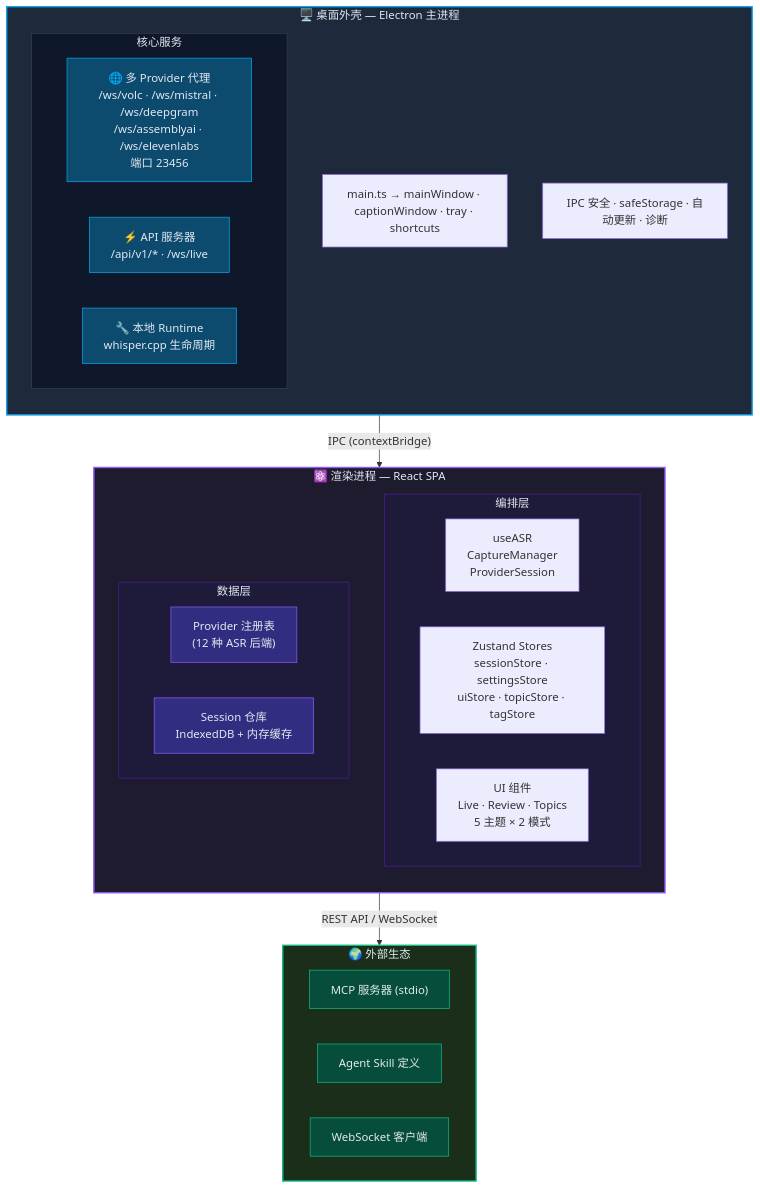
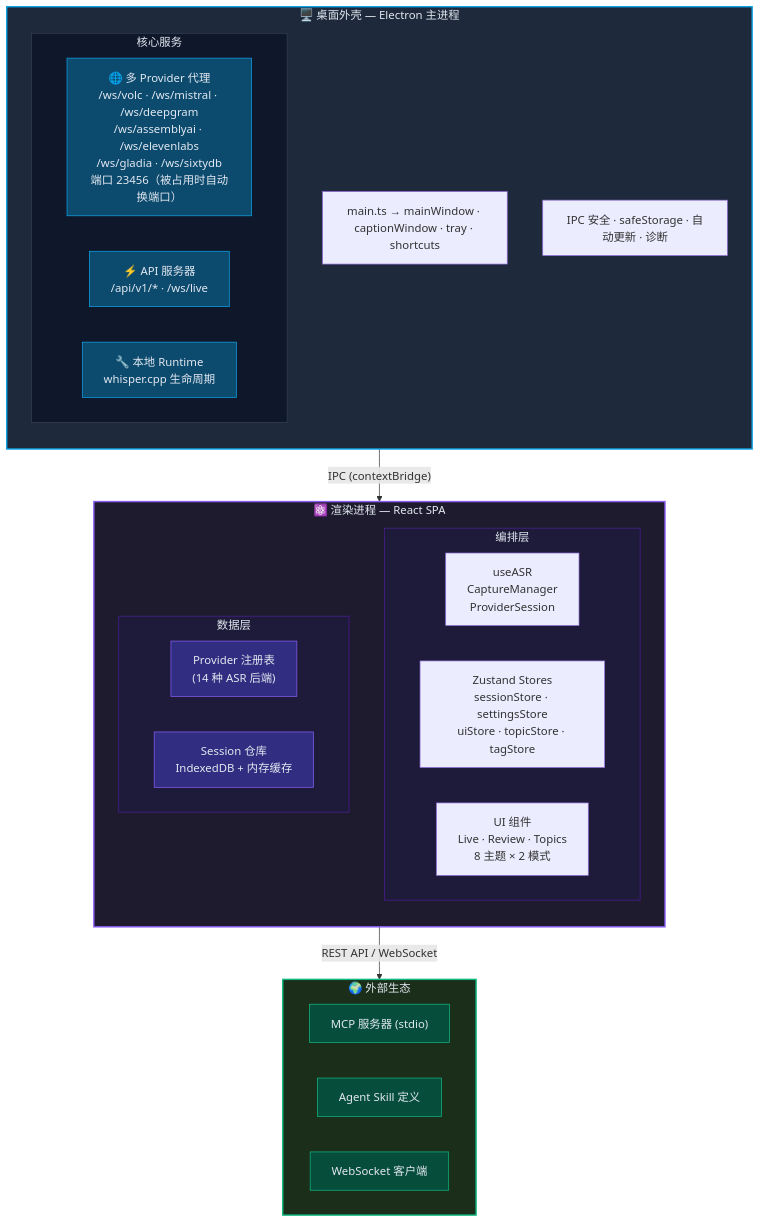
The first of 4 diagrams in docs/zh/architecture/overview.md (XimilalaXiang/DeLive), drawn with Mermaid before and after one commit. The commit also changed other lines of this file and 19 other files, not shown here.

````diff
--- a/docs/zh/architecture/overview.md
+++ b/docs/zh/architecture/overview.md
@@ -7,55 +7,55 @@
 ```mermaid
 flowchart TB
   subgraph shell["🖥️ 桌面外壳 — Electron 主进程"]
     direction TB
     entry["main.ts → mainWindow · captionWindow · tray · shortcuts"]
     subgraph services["核心服务"]
       direction LR
-      volc["🌐 多 Provider 代理\n/ws/volc · /ws/mistral · /ws/deepgram\n/ws/assemblyai · /ws/elevenlabs\n端口 23456"]
+      volc["🌐 多 Provider 代理\n/ws/volc · /ws/mistral · /ws/deepgram\n/ws/assemblyai · /ws/elevenlabs\n/ws/gladia · /ws/sixtydb\n端口 23456（被占用时自动换端口）"]
       api["⚡ API 服务器\n/api/v1/* · /ws/live"]
       runtime["🔧 本地 Runtime\nwhisper.cpp 生命周期"]
     end
     infra["IPC 安全 · safeStorage · 自动更新 · 诊断"]
   end
 
   shell -->|"IPC (contextBridge)"| renderer
 
   subgraph renderer["⚛️ 渲染进程 — React SPA"]
     direction TB
     subgraph orchestration["编排层"]
       direction LR
       hooks["useASR\nCaptureManager\nProviderSession"]
       stores["Zustand Stores\nsessionStore · settingsStore\nuiStore · topicStore · tagStore"]
-      ui["UI 组件\nLive · Review · Topics\n5 主题 × 2 模式"]
+      ui["UI 组件\nLive · Review · Topics\n8 主题 × 2 模式"]
     end
     subgraph data["数据层"]
       direction LR
-      providers["Provider 注册表\n(12 种 ASR 后端)"]
+      providers["Provider 注册表\n(14 种 ASR 后端)"]
       persistence["Session 仓库\nIndexedDB + 内存缓存"]
     end
   end
 
   renderer -->|"REST API / WebSocket"| ecosystem
 
   subgraph ecosystem["🌍 外部生态"]
     direction LR
     mcp["MCP 服务器 (stdio)"]
     skill["Agent Skill 定义"]
     ws["WebSocket 客户端"]
   end
 
   style shell fill:#1e293b,stroke:#0ea5e9,stroke-width:2px,color:#e2e8f0
   style renderer fill:#1e1b2e,stroke:#8b5cf6,stroke-width:2px,color:#e2e8f0
   style ecosystem fill:#1a2e1a,stroke:#10b981,stroke-width:2px,color:#e2e8f0
   style services fill:#0f172a,stroke:#334155,color:#e2e8f0
   style orchestration fill:#1e1b3a,stroke:#4c1d95,color:#e2e8f0
   style data fill:#1e1b3a,stroke:#4c1d95,color:#e2e8f0
   style volc fill:#0c4a6e,stroke:#0ea5e9,color:#e2e8f0
   style api fill:#0c4a6e,stroke:#0ea5e9,color:#e2e8f0
   style runtime fill:#0c4a6e,stroke:#0ea5e9,color:#e2e8f0
   style providers fill:#312e81,stroke:#8b5cf6,color:#e2e8f0
   style persistence fill:#312e81,stroke:#8b5cf6,color:#e2e8f0
   style mcp fill:#064e3b,stroke:#10b981,color:#e2e8f0
   style skill fill:#064e3b,stroke:#10b981,color:#e2e8f0
   style ws fill:#064e3b,stroke:#10b981,color:#e2e8f0
 ```
````
